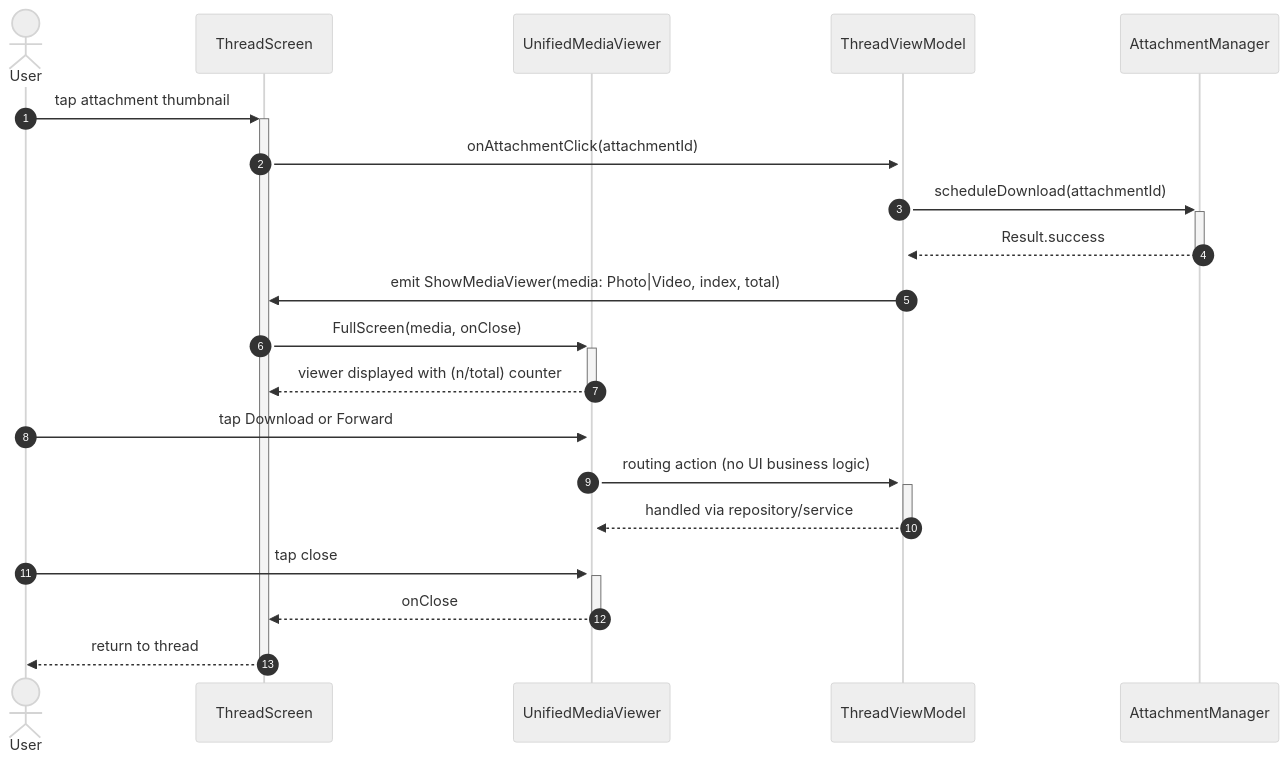
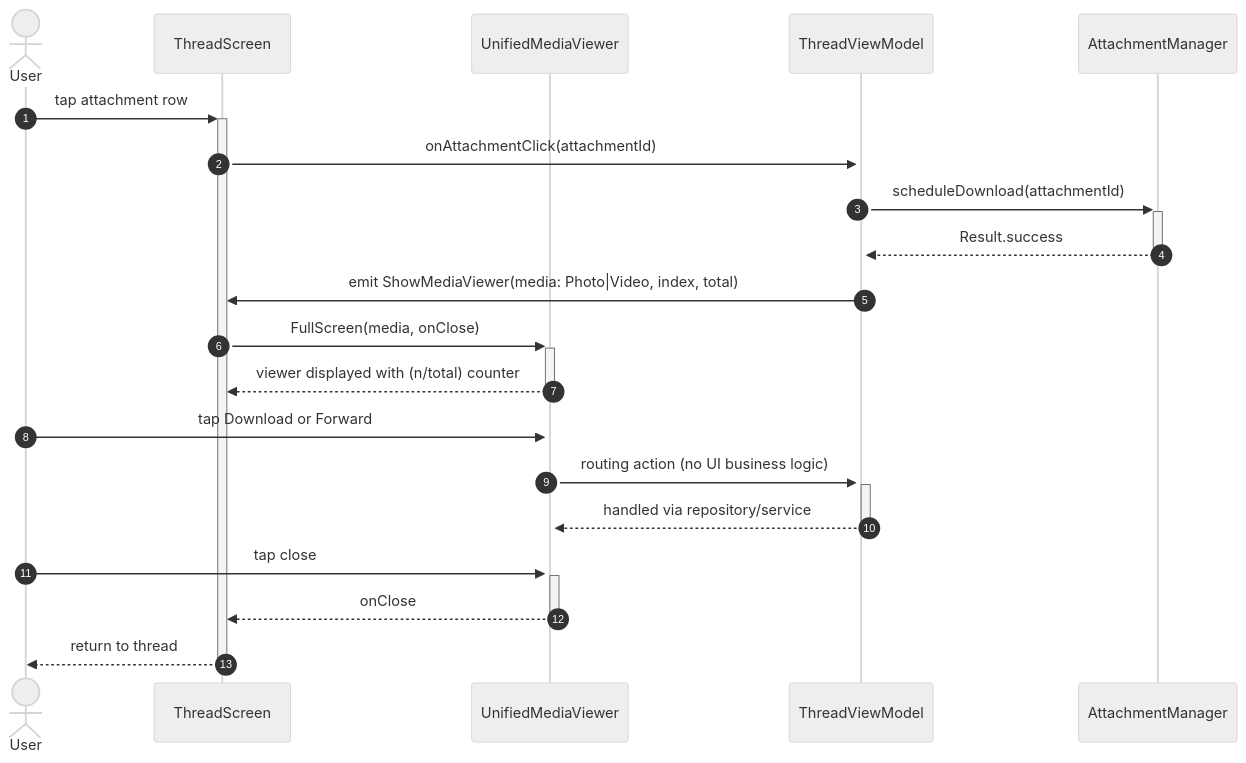
One commit to sean-light-dev/light-imessage changed the sixth of 16 diagrams in docs/initiatives/v1/codespec/milestone-6.md. Above: the diagram before and after it, drawn with Mermaid (neutral theme). The commit also changed other lines of this file, not shown here.

First line of the commit message:
docs(m6): drop inline attachment thumbnails from milestone 6 spec

````diff
--- a/docs/initiatives/v1/codespec/milestone-6.md
+++ b/docs/initiatives/v1/codespec/milestone-6.md
@@ -441,23 +440,23 @@
 ```mermaid
 sequenceDiagram
     autonumber
     actor U as User
     participant TS as ThreadScreen
     participant MV as UnifiedMediaViewer
     participant TVM as ThreadViewModel
     participant AM as AttachmentManager
 
-    U->>+TS: tap attachment thumbnail
+    U->>+TS: tap attachment row
     TS->>+TVM: onAttachmentClick(attachmentId)
     TVM->>+AM: scheduleDownload(attachmentId)
     AM-->>-TVM: Result.success
     TVM->>TS: emit ShowMediaViewer(media: Photo|Video, index, total)
     TS->>+MV: FullScreen(media, onClose)
     MV-->>-TS: viewer displayed with (n/total) counter
     U->>+MV: tap Download or Forward
     MV->>+TVM: routing action (no UI business logic)
     TVM-->>-MV: handled via repository/service
     U->>+MV: tap close
     MV-->>-TS: onClose
     TS-->>-U: return to thread
 ```
````
